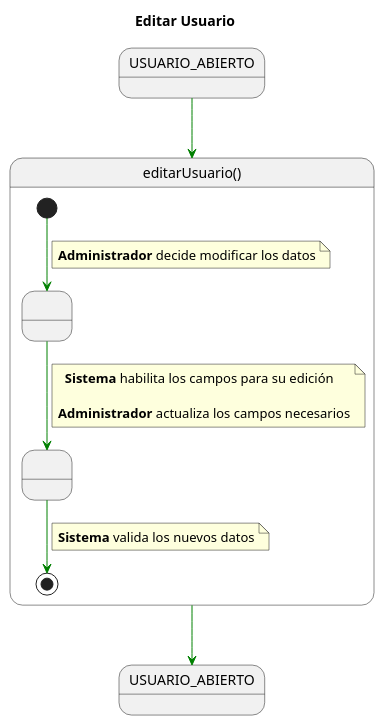
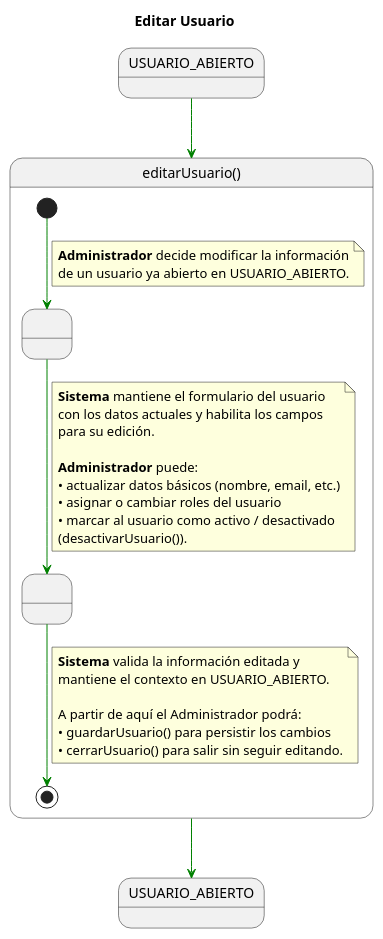
One commit to enmabry/25-26-IdSw1-SdR changed the diagram in documents/CasosDeUso/DetalladoCasosDeUso/Administrador/editarUsuario.puml. Above: the diagram before and after it, drawn with PlantUML. The commit also changed 9 other files, not shown here.

Commit message:
Remove unused use cases and their associated diagrams for "Importar Matrículas" and "Ver Detalle Matrícula" from the documentation.

```diff
--- a/documents/CasosDeUso/DetalladoCasosDeUso/Administrador/editarUsuario.puml
+++ b/documents/CasosDeUso/DetalladoCasosDeUso/Administrador/editarUsuario.puml
@@ -1,38 +1,46 @@
-@startuml
-
+@startuml Editar_Usuario
 title Editar Usuario
-
 skinparam linetype polyline
 
 state USUARIO_ABIERTO_INICIAL as "USUARIO_ABIERTO"
-state USUARIO_ABIERTO_FINAL as "USUARIO_ABIERTO"
+state USUARIO_ABIERTO_FINAL   as "USUARIO_ABIERTO"
 
 USUARIO_ABIERTO_INICIAL -[#green]-> editarUsuario
 
 state editarUsuario as "editarUsuario()" {
 
     state " " as RecuperacionDatos
     state " " as EdicionEnCurso
 
     [*] -[#green]-> RecuperacionDatos
     note on link
-      <b>Administrador</b> decide modificar los datos
+      <b>Administrador</b> decide modificar la información
+      de un usuario ya abierto en USUARIO_ABIERTO.
     end note
 
     RecuperacionDatos -[#green]-> EdicionEnCurso
     note on link
-      <b>Sistema</b> habilita los campos para su edición
+      <b>Sistema</b> mantiene el formulario del usuario
+      con los datos actuales y habilita los campos
+      para su edición.
 
-    <b>Administrador</b> actualiza los campos necesarios
+      <b>Administrador</b> puede:
+      • actualizar datos básicos (nombre, email, etc.)
+      • asignar o cambiar roles del usuario
+      • marcar al usuario como activo / desactivado
+      (desactivarUsuario()).
     end note
 
     EdicionEnCurso -[#green]-> [*]
     note on link
-    <b>Sistema</b> valida los nuevos datos
+      <b>Sistema</b> valida la información editada y
+      mantiene el contexto en USUARIO_ABIERTO.
+
+      A partir de aquí el Administrador podrá:
+      • guardarUsuario() para persistir los cambios
+      • cerrarUsuario() para salir sin seguir editando.
     end note
-
 }
 
 editarUsuario -[#green]-> USUARIO_ABIERTO_FINAL
-
 @enduml
```
